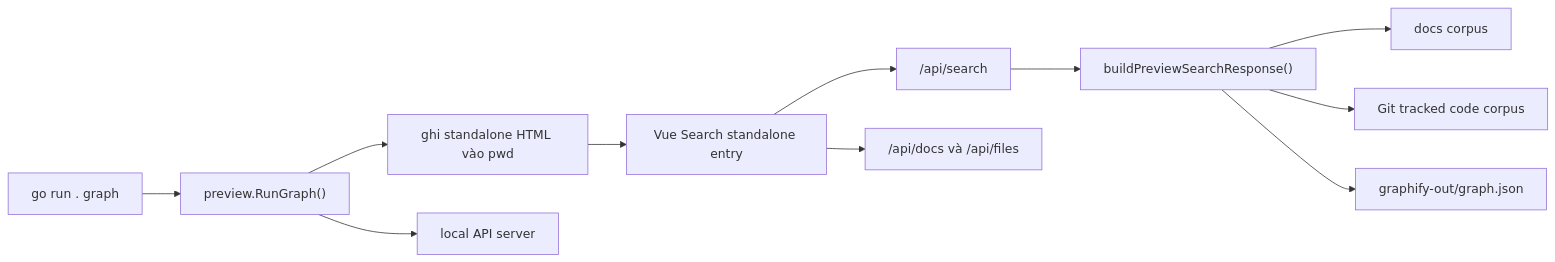
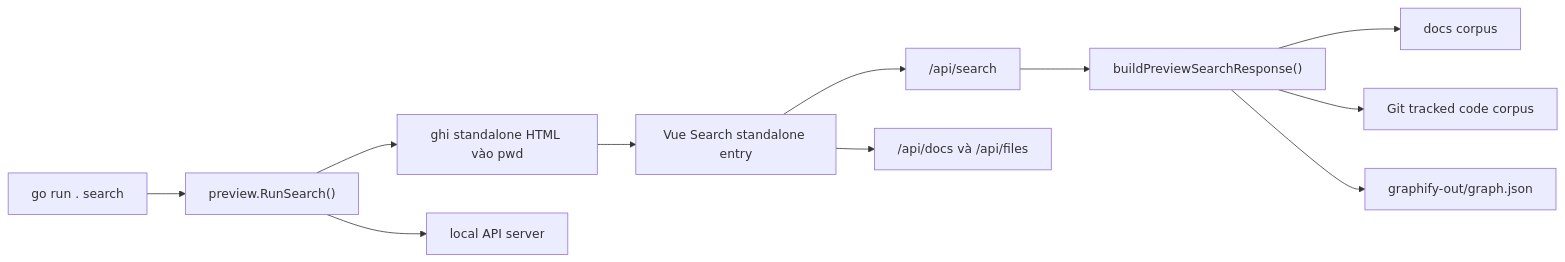
One commit to ngosangns/ns-workspace changed the diagram in docs/specs/planning/standalone-search-graph-command.md. Above: the diagram before and after it, drawn with Mermaid. The commit also changed other lines of this file and 13 other files, not shown here.

````diff
--- a/docs/specs/planning/standalone-search-graph-command.md
+++ b/docs/specs/planning/standalone-search-graph-command.md
@@ -65,13 +65,13 @@
 ```mermaid
 flowchart LR
-  CLI["go run . graph"] --> GraphRun["preview.RunGraph()"]
-  GraphRun --> HTML["ghi standalone HTML vào pwd"]
-  GraphRun --> Server["local API server"]
+  CLI["go run . search"] --> SearchRun["preview.RunSearch()"]
+  SearchRun --> HTML["ghi standalone HTML vào pwd"]
+  SearchRun --> Server["local API server"]
   HTML --> SearchApp["Vue Search standalone entry"]
   SearchApp --> SearchAPI["/api/search"]
   SearchApp --> FileAPI["/api/docs và /api/files"]
   SearchAPI --> Backend["buildPreviewSearchResponse()"]
   Backend --> Docs["docs corpus"]
   Backend --> Code["Git tracked code corpus"]
   Backend --> Graphify["graphify-out/graph.json"]
 ```
````
